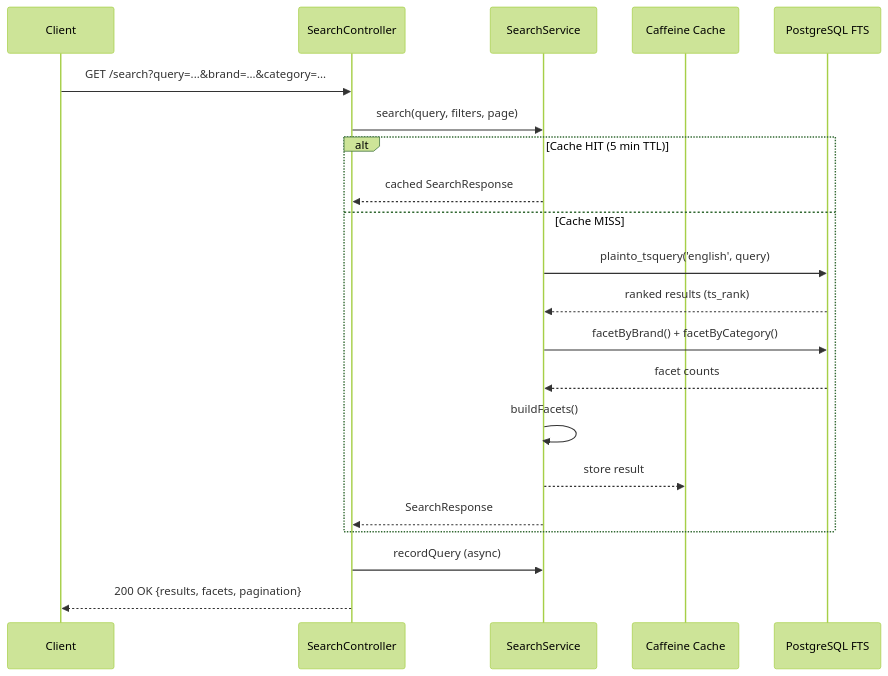
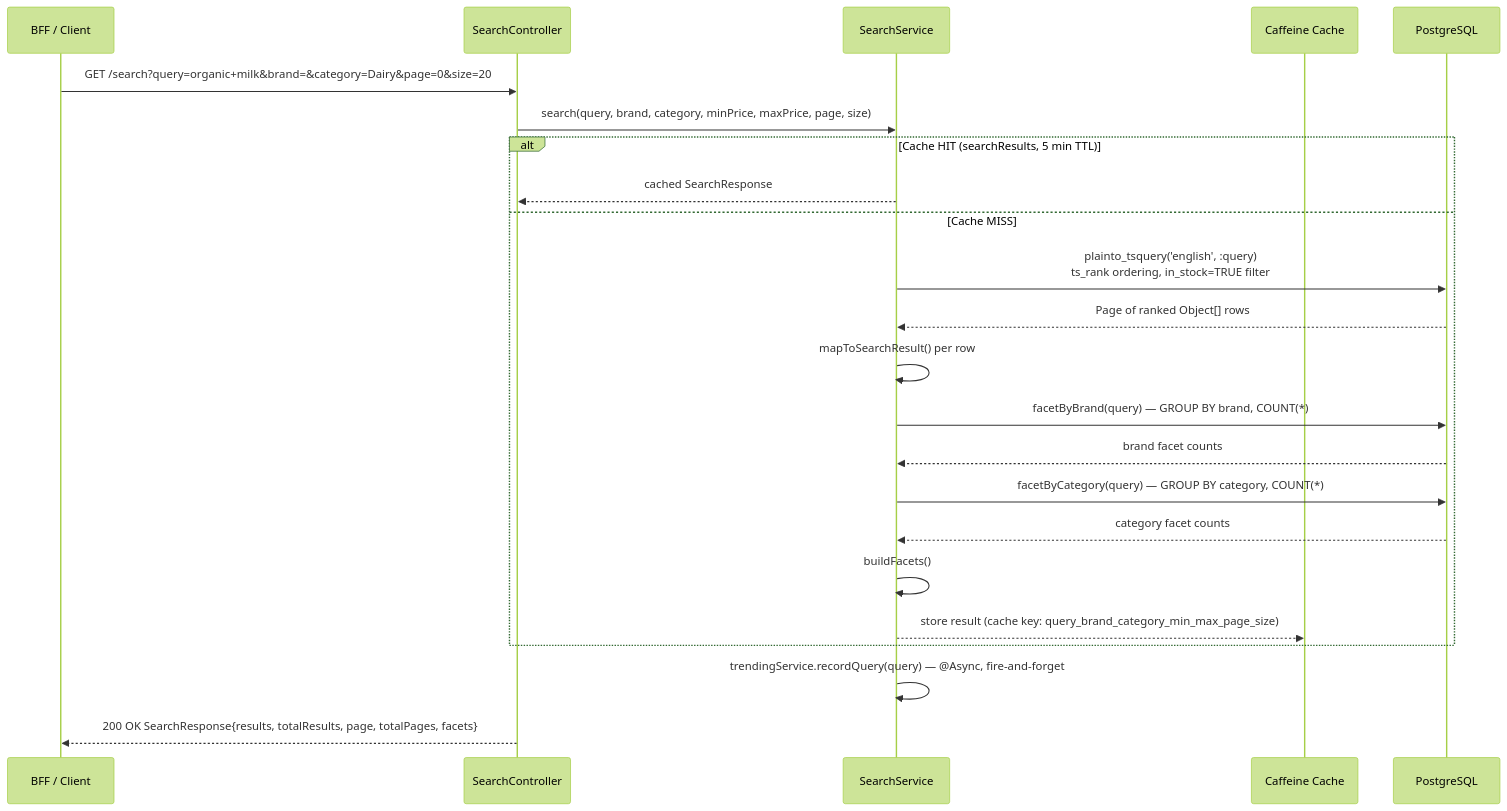
One commit to sunitakeazycommerz-a11y/InstaCommerce changed the fourth of 7 diagrams in services/search-service/README.md. Above: the diagram before and after it, drawn with Mermaid (forest theme). The commit also changed other lines of this file and 554 other files, not shown here.

````diff
--- a/services/search-service/README.md
+++ b/services/search-service/README.md
@@ -85,26 +283,28 @@
 ```mermaid
 sequenceDiagram
-    participant Client
-    participant SearchController
-    participant SearchService
+    participant Client as BFF / Client
+    participant SC as SearchController
+    participant SS as SearchService
     participant Cache as Caffeine Cache
-    participant DB as PostgreSQL FTS
+    participant DB as PostgreSQL
 
-    Client->>SearchController: GET /search?query=...&brand=...&category=...
-    SearchController->>SearchService: search(query, filters, page)
+    Client->>SC: GET /search?query=organic+milk&brand=&category=Dairy&page=0&size=20
+    SC->>SS: search(query, brand, category, minPrice, maxPrice, page, size)
 
-    alt Cache HIT (5 min TTL)
-        SearchService-->>SearchController: cached SearchResponse
+    alt Cache HIT (searchResults, 5 min TTL)
+        SS-->>SC: cached SearchResponse
     else Cache MISS
-        SearchService->>DB: plainto_tsquery('english', query)
-        DB-->>SearchService: ranked results (ts_rank)
-        SearchService->>DB: facetByBrand() + facetByCategory()
-        DB-->>SearchService: facet counts
-        SearchService->>SearchService: buildFacets()
-        SearchService-->>Cache: store result
-        SearchService-->>SearchController: SearchResponse
+        SS->>DB: plainto_tsquery('english', :query)<br/>ts_rank ordering, in_stock=TRUE filter
+        DB-->>SS: Page of ranked Object[] rows
+        SS->>SS: mapToSearchResult() per row
+        SS->>DB: facetByBrand(query) — GROUP BY brand, COUNT(*)
+        DB-->>SS: brand facet counts
+        SS->>DB: facetByCategory(query) — GROUP BY category, COUNT(*)
+        DB-->>SS: category facet counts
+        SS->>SS: buildFacets()
+        SS-->>Cache: store result (cache key: query_brand_category_min_max_page_size)
     end
 
-    SearchController->>SearchService: recordQuery (async)
-    SearchController-->>Client: 200 OK {results, facets, pagination}
+    SS->>SS: trendingService.recordQuery(query) — @Async, fire-and-forget
+    SC-->>Client: 200 OK SearchResponse{results, totalResults, page, totalPages, facets}
 ```
````
